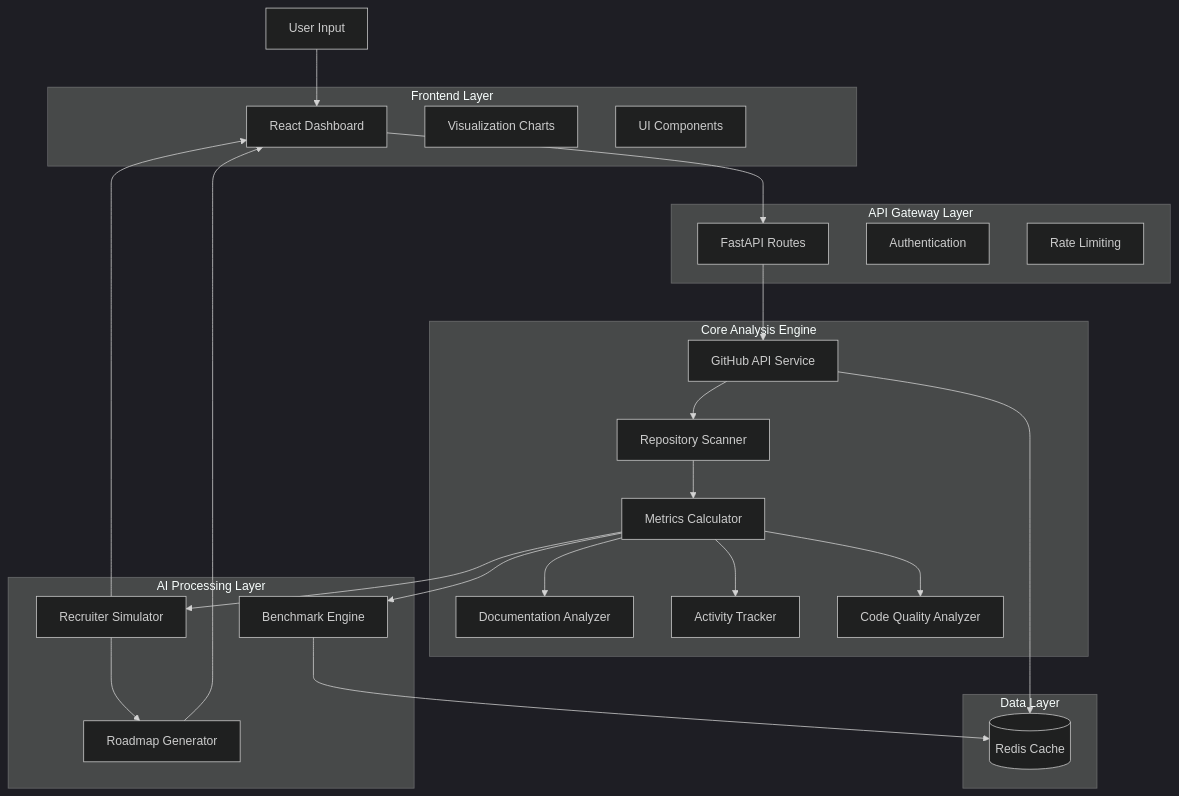
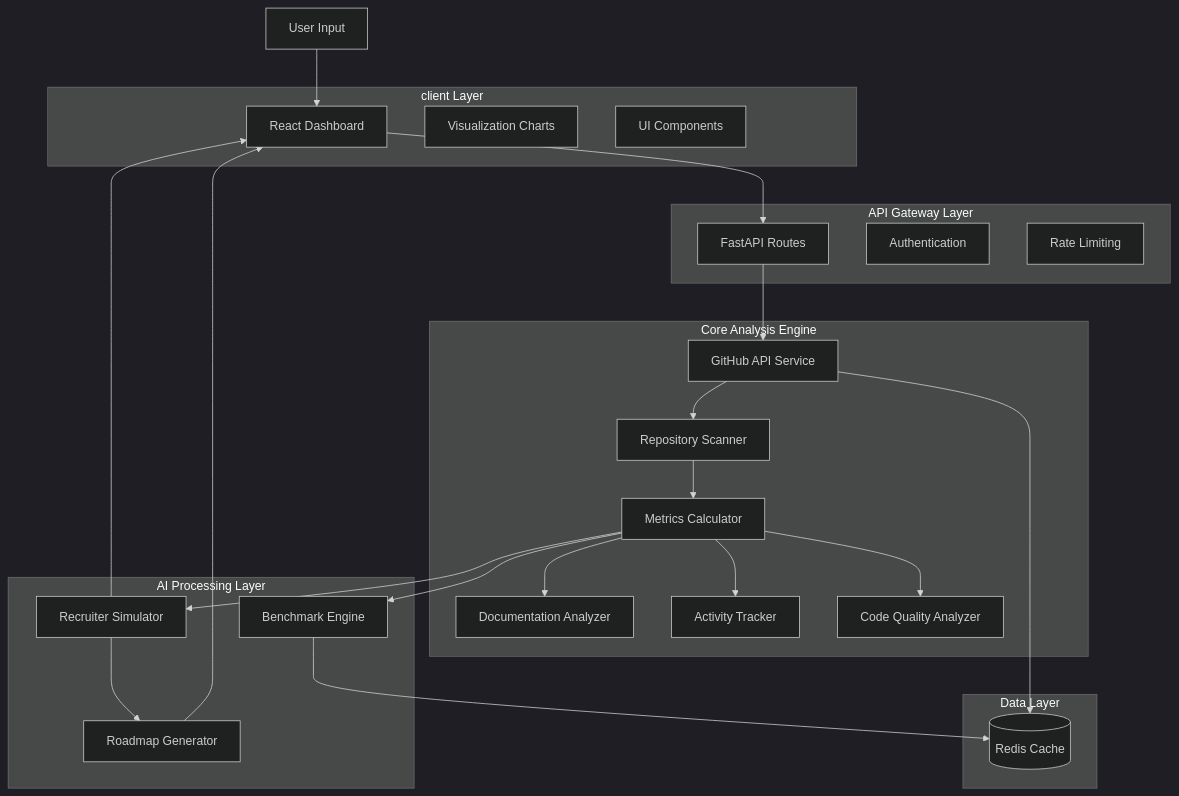
The first of 6 diagrams in README.md (ankush850/GitHub-portfolio-analysis-tool), drawn with Mermaid (dark theme) before and after one commit. The commit also changed other lines of this file, not shown here.

First line of the commit message:
Revise README for project details and architecture

````diff
--- a/README.md
+++ b/README.md
@@ -46,49 +46,49 @@
 ```mermaid
 graph TB
-    subgraph "Frontend Layer"
+    subgraph "client Layer"
         UI[React Dashboard]
         Charts[Visualization Charts]
         Components[UI Components]
     end
     
     subgraph "API Gateway Layer"
         API[FastAPI Routes]
         Auth[Authentication]
         RateLimit[Rate Limiting]
     end
     
     subgraph "Core Analysis Engine"
         GitHubService[GitHub API Service]
         RepoScanner[Repository Scanner]
         MetricsCalc[Metrics Calculator]
         DocAnalyzer[Documentation Analyzer]
         ActivityTracker[Activity Tracker]
         CodeAnalyzer[Code Quality Analyzer]
     end
     
     subgraph "AI Processing Layer"
         RecruiterSim[Recruiter Simulator]
         BenchmarkEngine[Benchmark Engine]
         RoadmapGen[Roadmap Generator]
     end
     
     subgraph "Data Layer"
         Cache[(Redis Cache)]
     end
     
     User[User Input] --> UI
     UI --> API
     API --> GitHubService
     GitHubService --> RepoScanner
     RepoScanner --> MetricsCalc
     MetricsCalc --> DocAnalyzer
     MetricsCalc --> ActivityTracker
     MetricsCalc --> CodeAnalyzer
     MetricsCalc --> RecruiterSim
     MetricsCalc --> BenchmarkEngine
     RecruiterSim --> RoadmapGen
     GitHubService --> Cache
     BenchmarkEngine --> Cache
     RoadmapGen --> UI
     RecruiterSim --> UI
 ```
````
